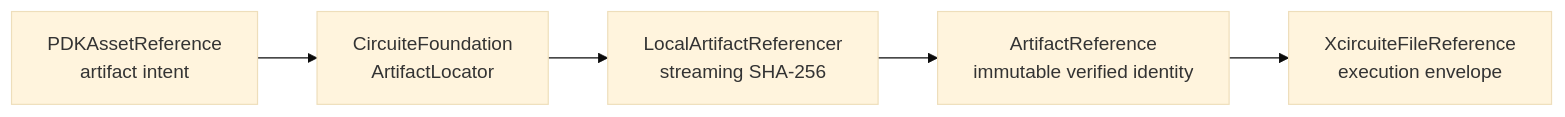
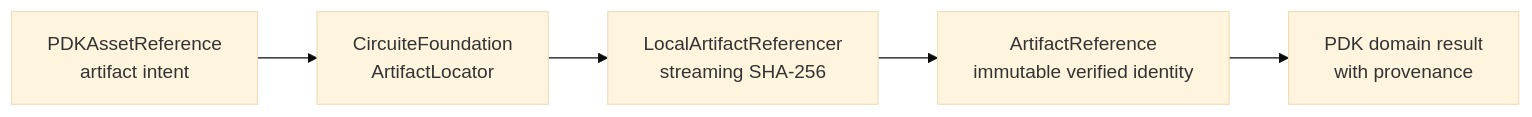
The diagram in README.md (1amageek/PDKKit), drawn with Mermaid (base theme) before and after one commit. The commit also changed other lines of this file and 78 other files, not shown here.

````diff
--- a/README.md
+++ b/README.md
@@ -47,7 +44,7 @@
 ```mermaid
 flowchart LR
   Intent["PDKAssetReference\nartifact intent"] --> Locator["CircuiteFoundation\nArtifactLocator"]
   Locator --> Referencer["LocalArtifactReferencer\nstreaming SHA-256"]
   Referencer --> Identity["ArtifactReference\nimmutable verified identity"]
-  Identity --> Envelope["XcircuiteFileReference\nexecution envelope"]
+  Identity --> Result["PDK domain result\nwith provenance"]
 ```
````
